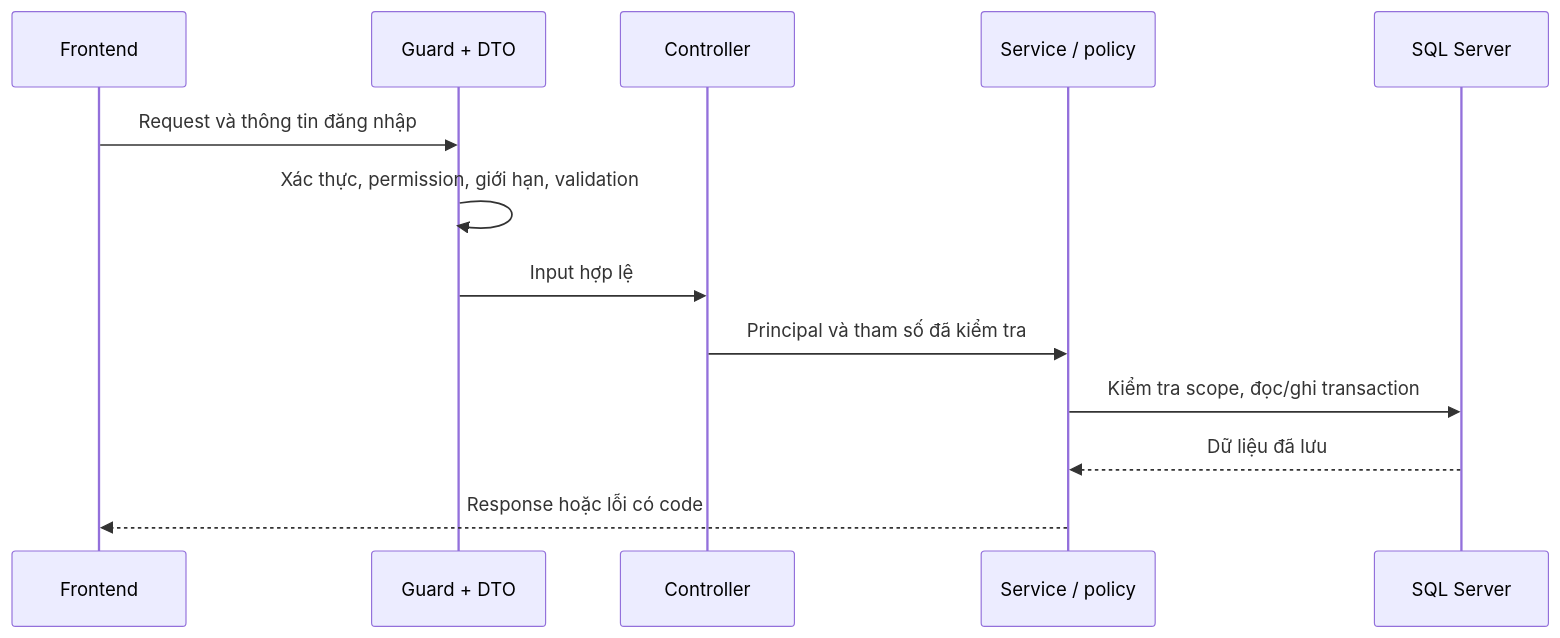
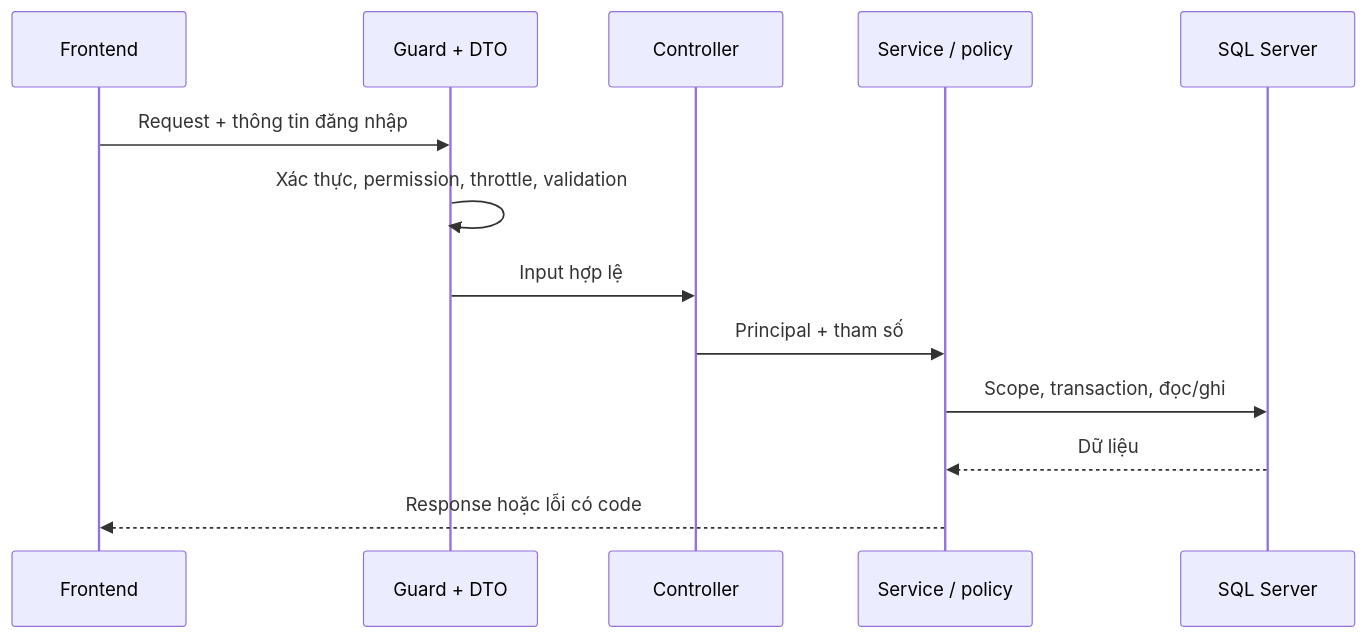
One commit to vanhoi04082006-pixel/V-Intern-BE changed the diagram in docs/CODE-MAP.md. Above: the diagram before and after it, drawn with Mermaid. The commit also changed other lines of this file and 23 other files, not shown here.

````diff
--- a/docs/CODE-MAP.md
+++ b/docs/CODE-MAP.md
@@ -5,15 +7,15 @@
 ```mermaid
 sequenceDiagram
   participant F as Frontend
   participant G as Guard + DTO
   participant C as Controller
   participant S as Service / policy
   participant D as SQL Server
-  F->>G: Request và thông tin đăng nhập
-  G->>G: Xác thực, permission, giới hạn, validation
+  F->>G: Request + thông tin đăng nhập
+  G->>G: Xác thực, permission, throttle, validation
   G->>C: Input hợp lệ
-  C->>S: Principal và tham số đã kiểm tra
-  S->>D: Kiểm tra scope, đọc/ghi transaction
-  D-->>S: Dữ liệu đã lưu
+  C->>S: Principal + tham số
+  S->>D: Scope, transaction, đọc/ghi
+  D-->>S: Dữ liệu
   S-->>F: Response hoặc lỗi có code
 ```
````
